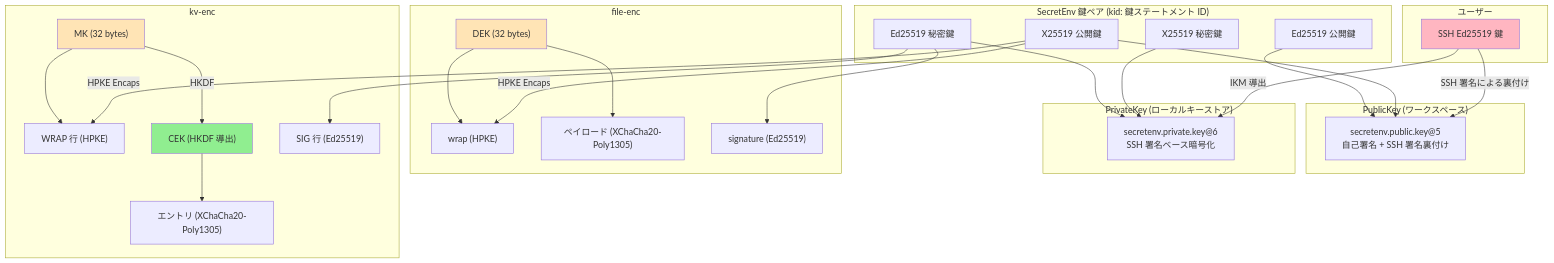
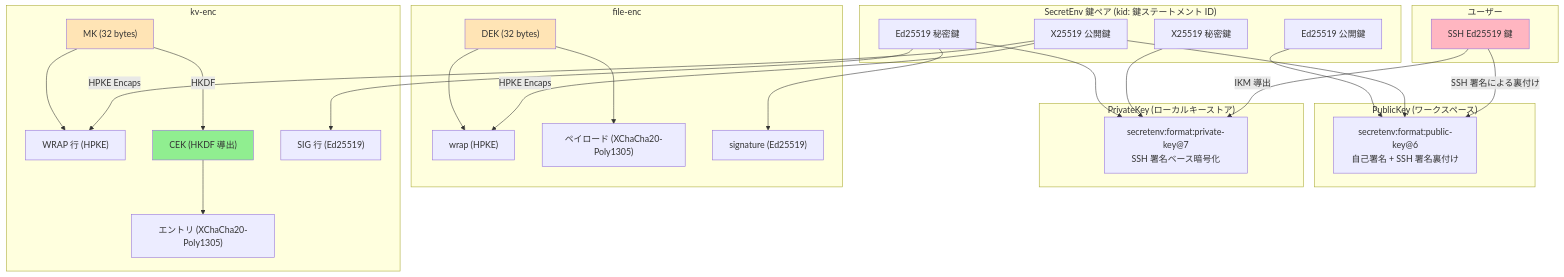
Before and after one commit to ebisawa/kapsaro: the sixth of 6 diagrams in guides/security_design_ja.md, drawn with Mermaid. The commit also changed other lines of this file and 119 other files, not shown here.

````diff
--- a/guides/security_design_ja.md
+++ b/guides/security_design_ja.md
@@ -1606,59 +1606,59 @@
 ```mermaid
 graph TB
     subgraph user["ユーザー"]
         SSH["SSH Ed25519 鍵"]
     end
 
     subgraph secretenv_keys["SecretEnv 鍵ペア (kid: 鍵ステートメント ID)"]
         KEM_PK["X25519 公開鍵"]
         KEM_SK["X25519 秘密鍵"]
         SIG_PK["Ed25519 公開鍵"]
         SIG_SK["Ed25519 秘密鍵"]
     end
 
     subgraph public_key["PublicKey (ワークスペース)"]
-        PK_DOC["secretenv.public.key@5<br/>自己署名 + SSH 署名裏付け"]
+        PK_DOC["secretenv:format:public-key@6<br/>自己署名 + SSH 署名裏付け"]
     end
 
     subgraph private_key["PrivateKey (ローカルキーストア)"]
-        PK_ENC["secretenv.private.key@6<br/>SSH 署名ベース暗号化"]
+        PK_ENC["secretenv:format:private-key@7<br/>SSH 署名ベース暗号化"]
     end
 
     subgraph file_enc["file-enc"]
         DEK["DEK (32 bytes)"]
         FILE_WRAP["wrap (HPKE)"]
         FILE_PAYLOAD["ペイロード (XChaCha20-Poly1305)"]
         FILE_SIG["signature (Ed25519)"]
     end
 
     subgraph kv_enc["kv-enc"]
         MK["MK (32 bytes)"]
         KV_WRAP["WRAP 行 (HPKE)"]
         CEK["CEK (HKDF 導出)"]
         ENTRY["エントリ (XChaCha20-Poly1305)"]
         KV_SIG["SIG 行 (Ed25519)"]
     end
 
     SSH -->|SSH 署名による裏付け| PK_DOC
     SSH -->|IKM 導出| PK_ENC
     KEM_PK --> PK_DOC
     SIG_PK --> PK_DOC
     KEM_SK --> PK_ENC
     SIG_SK --> PK_ENC
 
     KEM_PK -->|HPKE Encaps| FILE_WRAP
     KEM_PK -->|HPKE Encaps| KV_WRAP
     DEK --> FILE_WRAP
     DEK --> FILE_PAYLOAD
     SIG_SK --> FILE_SIG
 
     MK --> KV_WRAP
     MK -->|HKDF| CEK
     CEK --> ENTRY
     SIG_SK --> KV_SIG
 
     style SSH fill:#FFB6C1
     style DEK fill:#FFE4B5
     style MK fill:#FFE4B5
     style CEK fill:#90EE90
 ```
````
